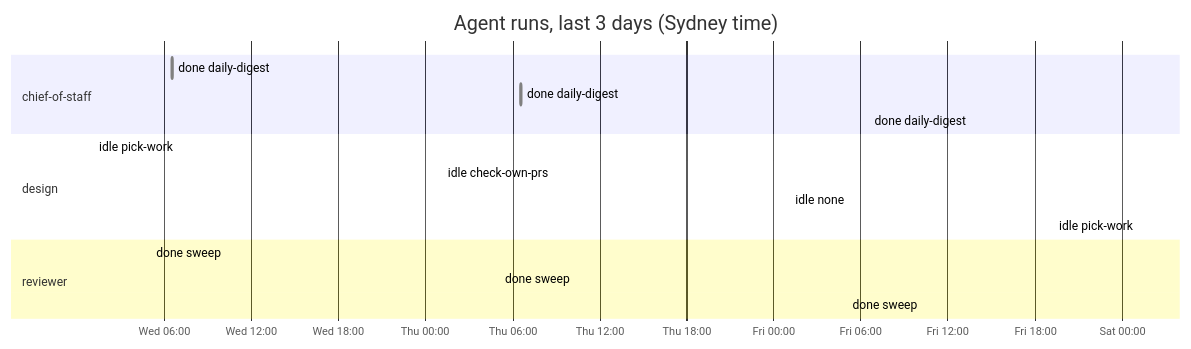
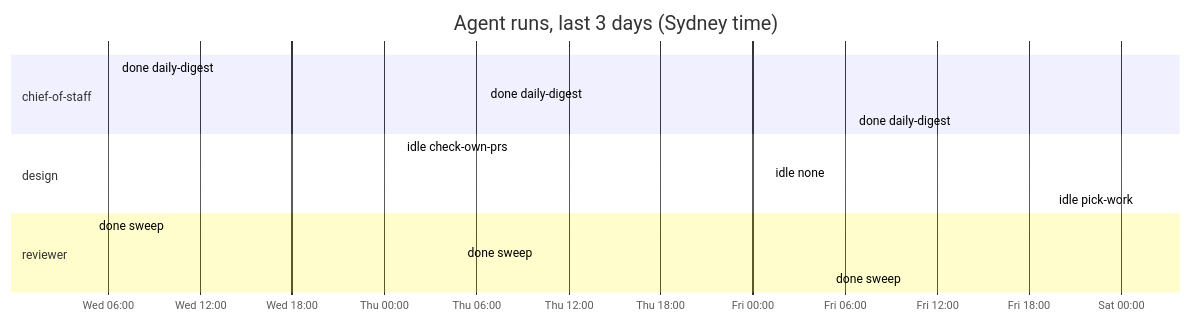
Before and after one commit to roulmediateam-byte/fifteen-expert-hq: the diagram in dashboard.md, drawn with Mermaid. The commit also changed other lines of this file and 1 other file, not shown here.

````diff
--- a/dashboard.md
+++ b/dashboard.md
@@ -55,19 +55,18 @@
 ```mermaid
 gantt
     title Agent runs, last 3 days (Sydney time)
     dateFormat YYYY-MM-DD HH:mm
     axisFormat %a %H:%M
     section chief-of-staff
     done daily-digest :done, 2026-11-25 06:34, 2026-11-25 06:35
     done daily-digest :done, 2026-11-26 06:35, 2026-11-26 06:36
     done daily-digest :done, 2026-11-27 06:35, 2026-11-27 06:36
     section design
-    idle pick-work :done, 2026-11-25 01:09, 2026-11-25 01:09
     idle check-own-prs :done, 2026-11-26 01:09, 2026-11-26 01:09
     idle none :done, 2026-11-27 01:08, 2026-11-27 01:09
     idle pick-work :done, 2026-11-28 01:09, 2026-11-28 01:09
     section reviewer
     done sweep :done, 2026-11-25 05:04, 2026-11-25 05:05
     done sweep :done, 2026-11-26 05:05, 2026-11-26 05:06
     done sweep :done, 2026-11-27 05:05, 2026-11-27 05:06
 ```
````
